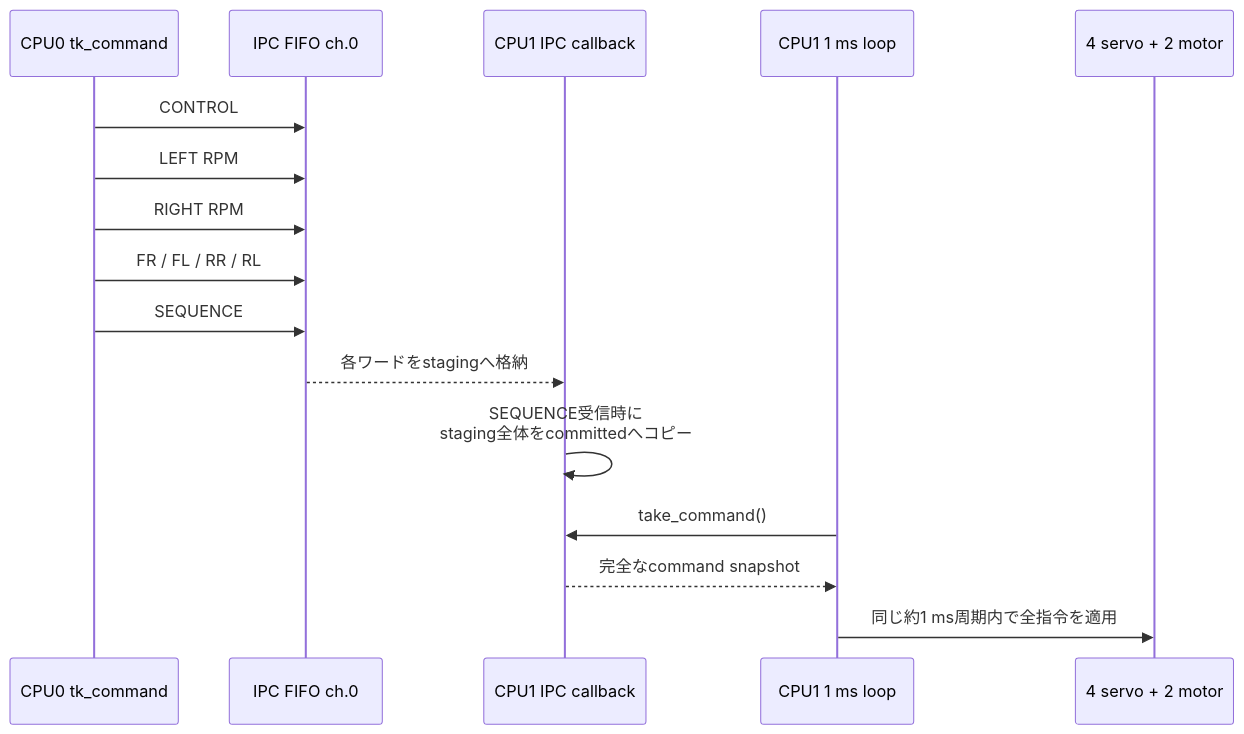
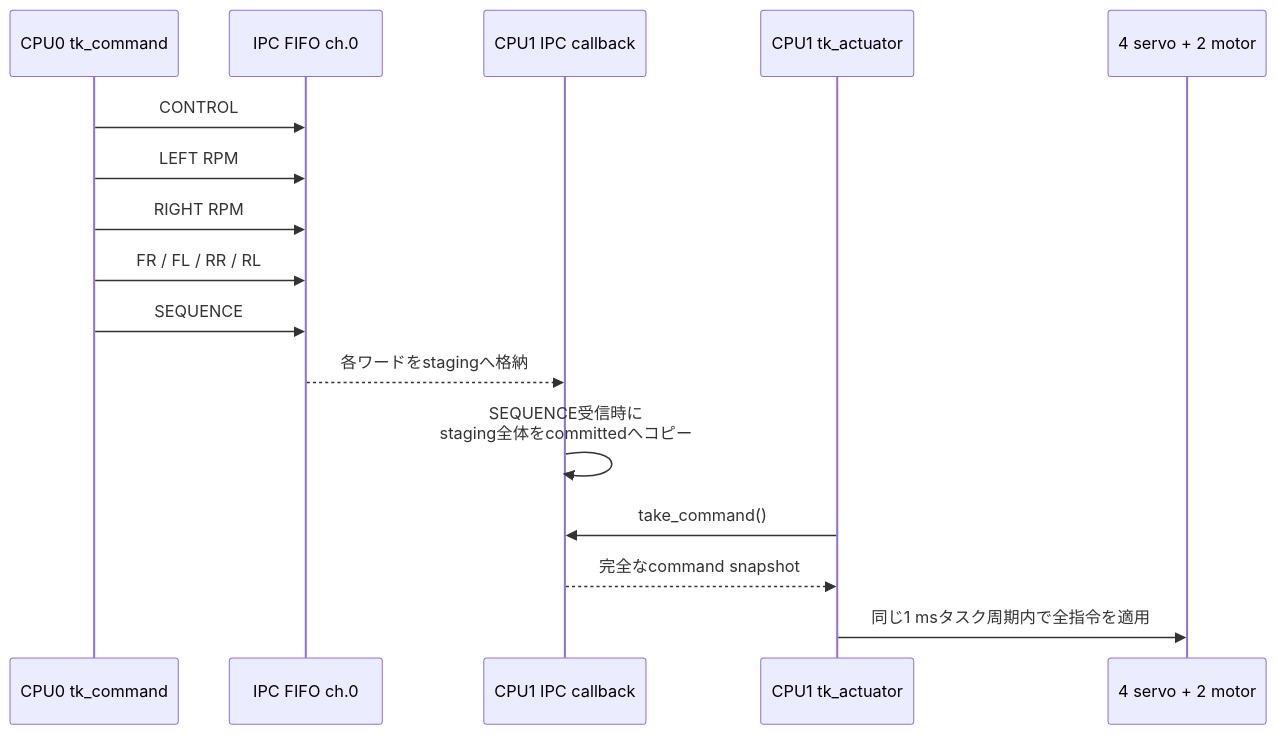
One commit to horned128/sound-exploration-rover changed the third of 6 diagrams in docs/firmware/ARCHITECTURE.md. Above: the diagram before and after it, drawn with Mermaid. The commit also changed other lines of this file and 50 other files, not shown here.

````diff
--- a/docs/firmware/ARCHITECTURE.md
+++ b/docs/firmware/ARCHITECTURE.md
@@ -255,19 +283,19 @@
 ```mermaid
 sequenceDiagram
     participant CMD as CPU0 tk_command
     participant FIFO as IPC FIFO ch.0
     participant ISR as CPU1 IPC callback
-    participant APP as CPU1 1 ms loop
+    participant APP as CPU1 tk_actuator
     participant OUT as 4 servo + 2 motor
 
     CMD->>FIFO: CONTROL
     CMD->>FIFO: LEFT RPM
     CMD->>FIFO: RIGHT RPM
     CMD->>FIFO: FR / FL / RR / RL
     CMD->>FIFO: SEQUENCE
     FIFO-->>ISR: 各ワードをstagingへ格納
     ISR->>ISR: SEQUENCE受信時に<br/>staging全体をcommittedへコピー
     APP->>ISR: take_command()
     ISR-->>APP: 完全なcommand snapshot
-    APP->>OUT: 同じ約1 ms周期内で全指令を適用
+    APP->>OUT: 同じ1 msタスク周期内で全指令を適用
 ```
````
